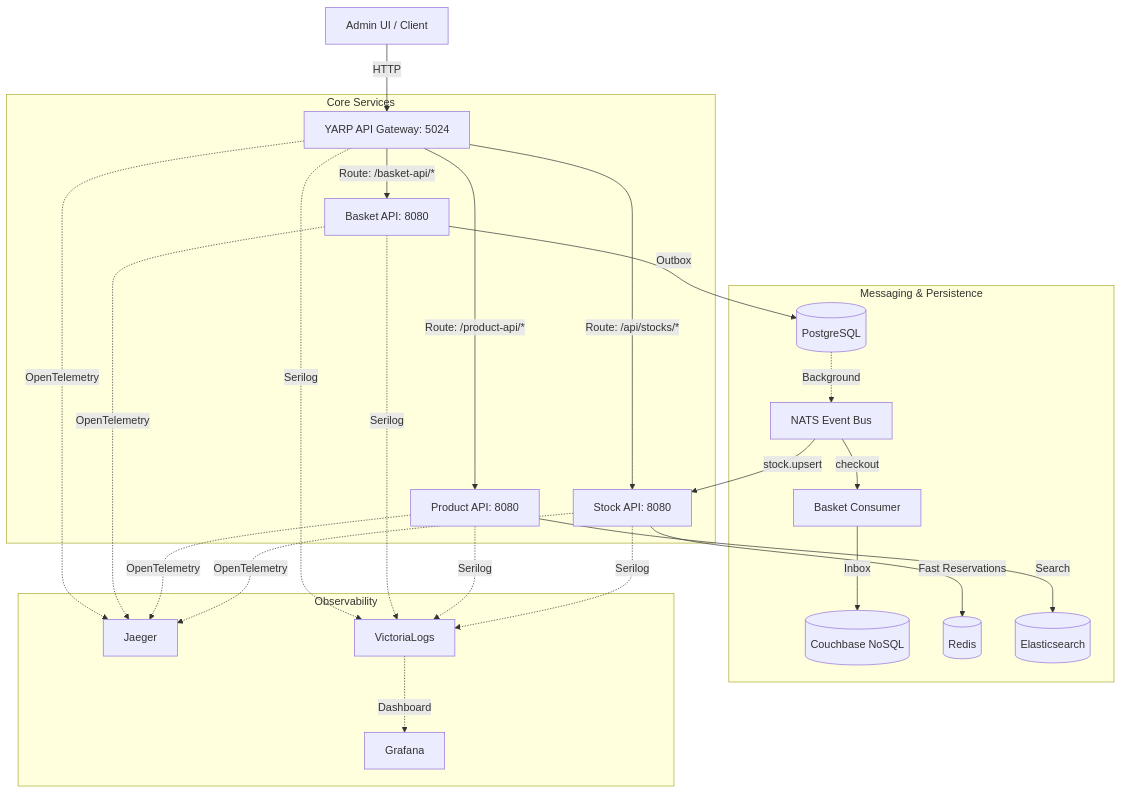
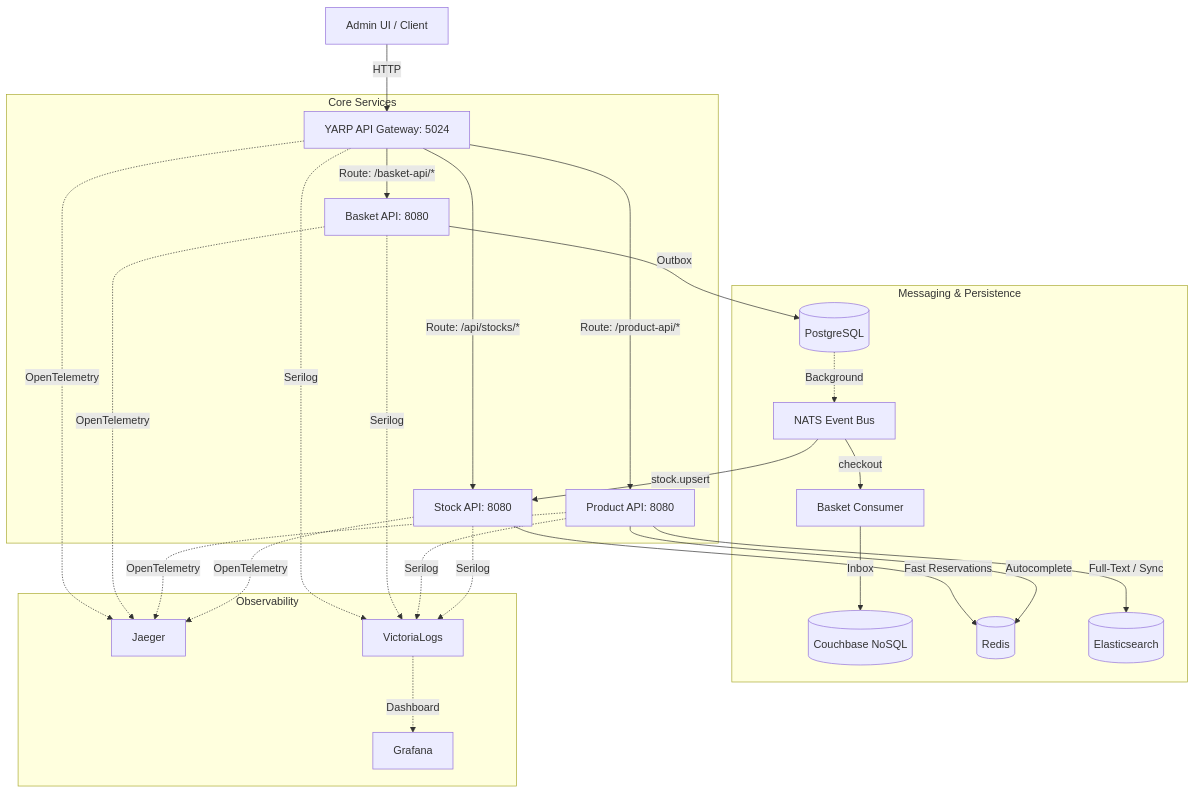
One commit to utkudemr/Lothal.Basket.Service changed the diagram in README.md. Above: the diagram before and after it, drawn with Mermaid. The commit also changed other lines of this file, not shown here.

Commit message:
docs: update README to reflect Redis-based autocomplete and Elasticsearch architectural changes

````diff
--- a/README.md
+++ b/README.md
@@ -15,26 +15,27 @@
 ```mermaid
 graph TD
     Client[Admin UI / Client] -->|HTTP| Gateway[YARP API Gateway: 5024]
     
     subgraph Core Services
         Gateway -->|Route: /basket-api/*| Basket[Basket API: 8080]
         Gateway -->|Route: /product-api/*| Product[Product API: 8080]
         Gateway -->|Route: /api/stocks/*| Stock[Stock API: 8080]
     end
 
     subgraph Messaging & Persistence
         Basket -->|Outbox| PG[(PostgreSQL)]
         PG -.->|Background| NATS[NATS Event Bus]
         NATS -->|stock.upsert| Stock
         NATS -->|checkout| Consumer[Basket Consumer]
         Consumer -->|Inbox| CB[(Couchbase NoSQL)]
         Stock -->|Fast Reservations| Redis[(Redis)]
-        Product -->|Search| ES[(Elasticsearch)]
+        Product -->|Autocomplete| Redis
+        Product -->|Full-Text / Sync| ES[(Elasticsearch)]
     end
 
     subgraph Observability
         Gateway & Basket & Product & Stock -.->|OpenTelemetry| Jaeger[Jaeger]
         Gateway & Basket & Product & Stock -.->|Serilog| Victoria[VictoriaLogs]
         Victoria -.->|Dashboard| Grafana[Grafana]
     end
 ```
````
